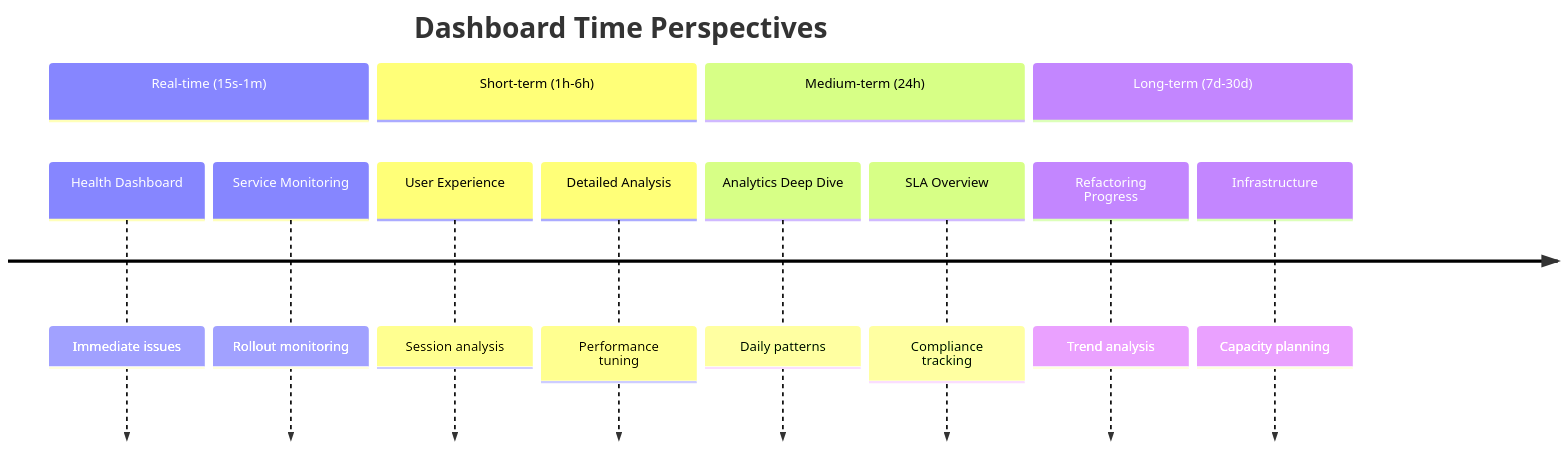
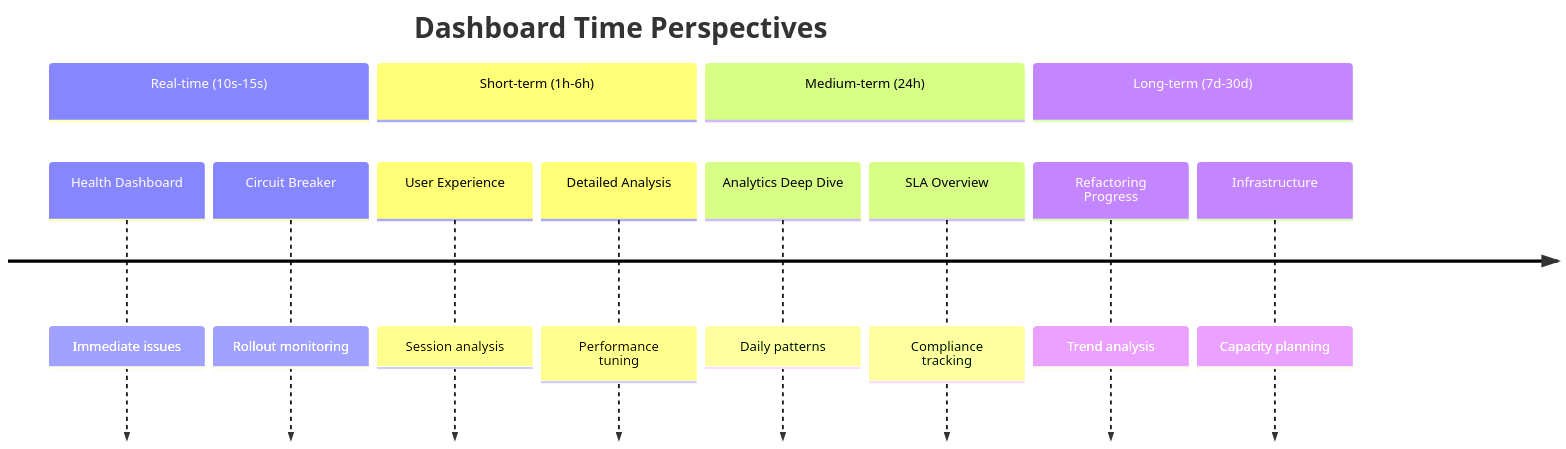
Before and after one commit to gsinghjay/mvp_qr_gen: diagram 13 of 25 in GRAFANA.md, drawn with Mermaid. The commit also changed other lines of this file, not shown here.

````diff
--- a/GRAFANA.md
+++ b/GRAFANA.md
@@ -471,20 +471,20 @@
 ```mermaid
 timeline
     title Dashboard Time Perspectives
     
-    section Real-time (15s-1m)
+    section Real-time (10s-15s)
         Health Dashboard     : Immediate issues
-        Service Monitoring   : Rollout monitoring
+        Circuit Breaker      : Rollout monitoring
         
     section Short-term (1h-6h)
         User Experience      : Session analysis
         Detailed Analysis    : Performance tuning
         
     section Medium-term (24h)
         Analytics Deep Dive  : Daily patterns
         SLA Overview        : Compliance tracking
         
     section Long-term (7d-30d)
         Refactoring Progress : Trend analysis
         Infrastructure      : Capacity planning
 ```
````
